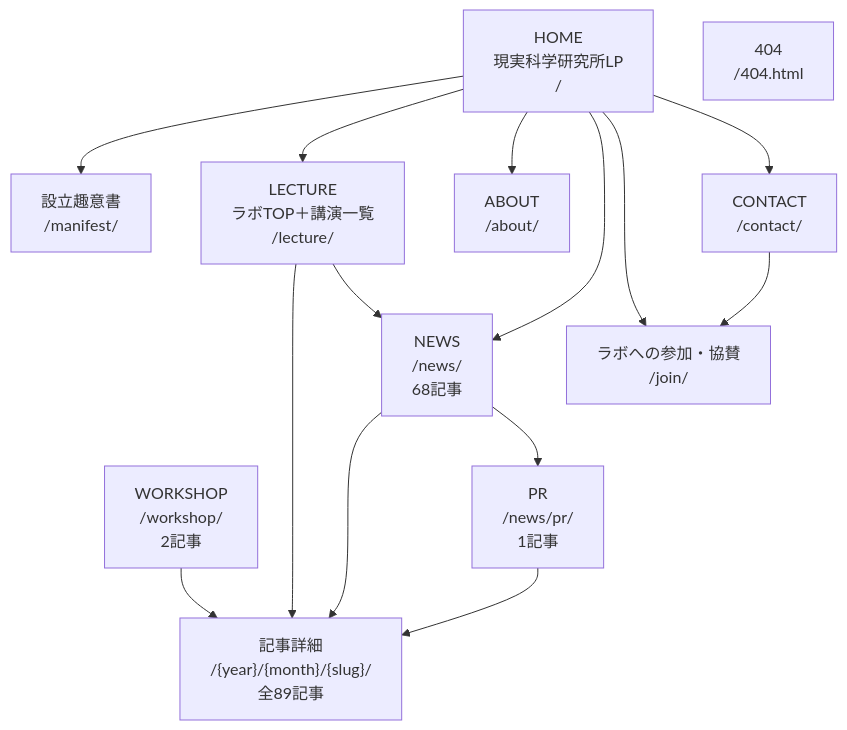
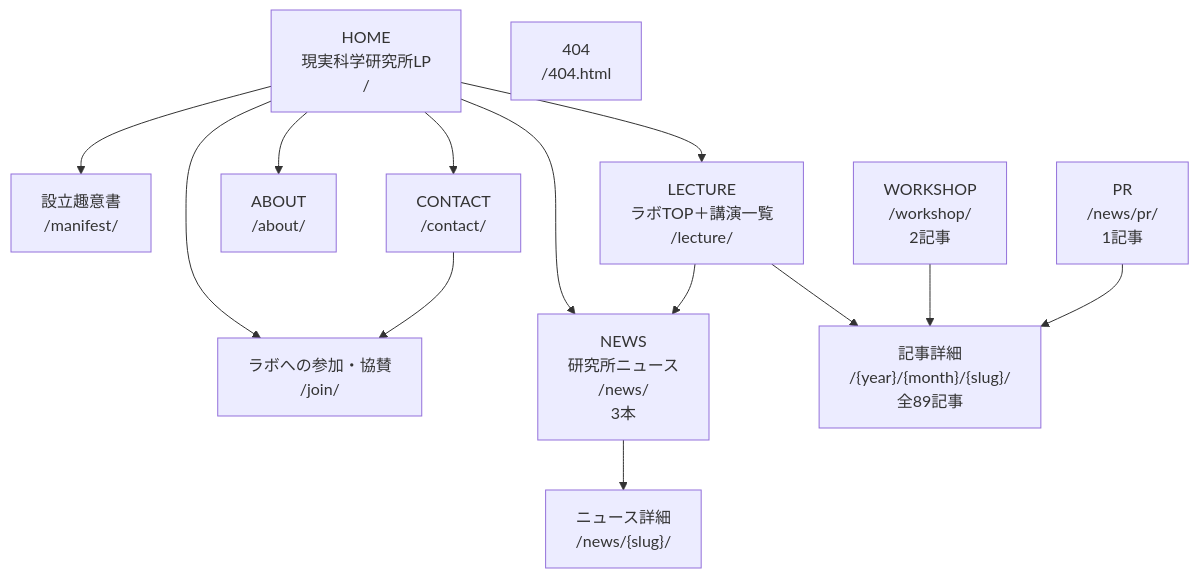
Before and after one commit to reality-science-lab/site: the diagram in docs/site-map.md, drawn with Mermaid. The commit also changed other lines of this file and 24 other files, not shown here.

First line of the commit message:
研究所ニュース（/news/）を新設し、トップに最新ニュースの通知カードを出す (#33)

````diff
--- a/docs/site-map.md
+++ b/docs/site-map.md
@@ -7,29 +7,29 @@
 ```mermaid
 flowchart TD
     home["HOME<br/>現実科学研究所LP<br/>/"]
     manifesto["設立趣意書<br/>/manifest/"]
     lecture["LECTURE<br/>ラボTOP＋講演一覧<br/>/lecture/"]
     about["ABOUT<br/>/about/"]
     contact["CONTACT<br/>/contact/"]
     join["ラボへの参加・協賛<br/>/join/"]
-    news["NEWS<br/>/news/<br/>68記事"]
+    news["NEWS<br/>研究所ニュース<br/>/news/<br/>3本"]
+    newsdetail["ニュース詳細<br/>/news/{slug}/"]
     workshop["WORKSHOP<br/>/workshop/<br/>2記事"]
     pr["PR<br/>/news/pr/<br/>1記事"]
     article["記事詳細<br/>/{year}/{month}/{slug}/<br/>全89記事"]
     notfound["404<br/>/404.html"]
 
     home --> manifesto
     home --> lecture
     home --> about
     home --> news
     home --> join
     home --> contact
 
     contact --> join
     lecture --> article
     lecture --> news
-    news --> article
-    news --> pr
+    news --> newsdetail
     workshop --> article
     pr --> article
 ```
````
